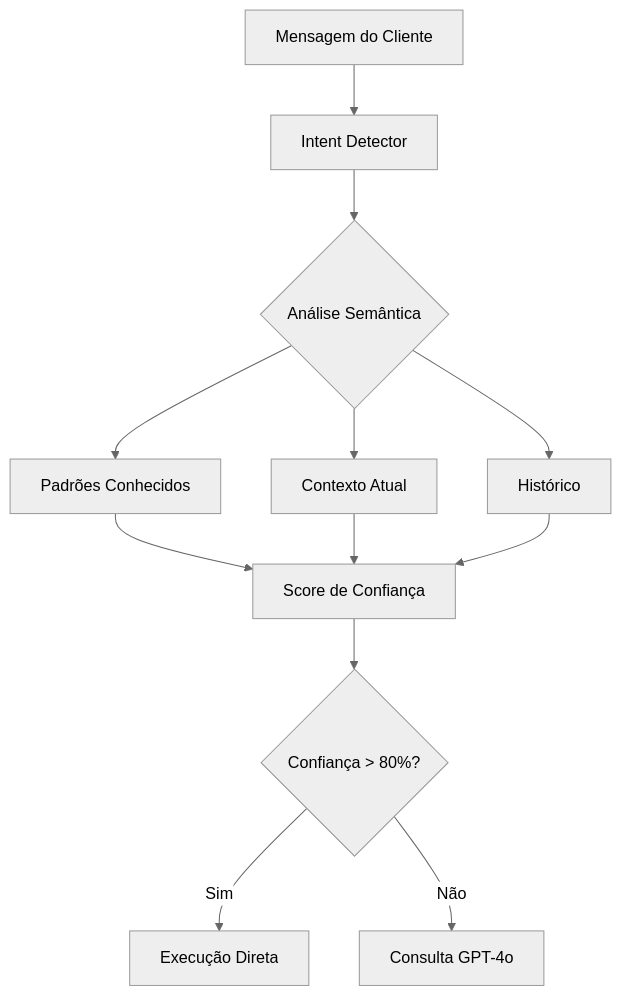
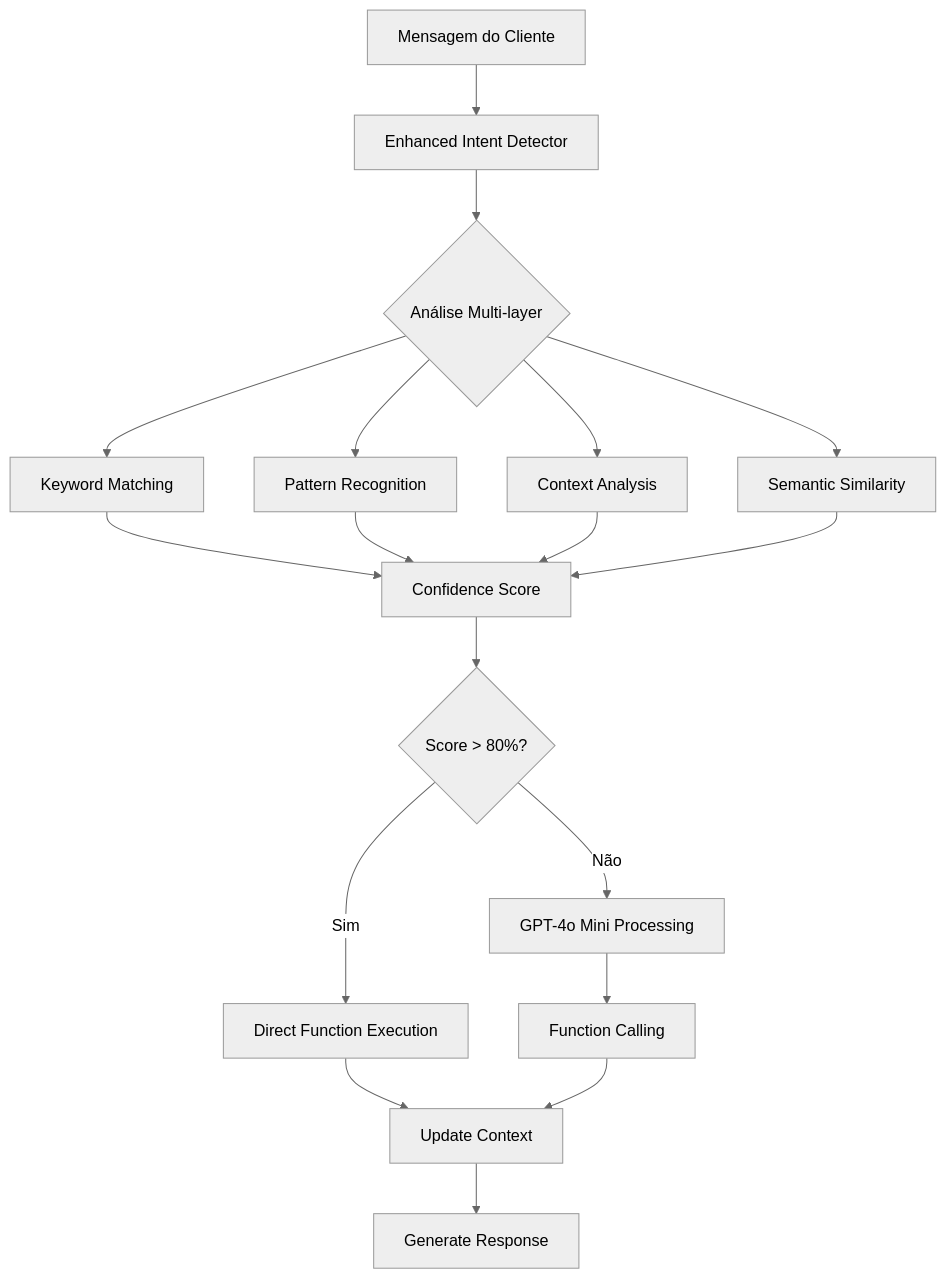
The first of 2 diagrams in SOFIA.md (IgorGewehr/locai), drawn with Mermaid (neutral theme) before and after one commit. The commit also changed other lines of this file and 5 other files, not shown here.

````diff
--- a/SOFIA.md
+++ b/SOFIA.md
@@ -186,14 +301,20 @@
 ```mermaid
 graph TD
-    A[Mensagem do Cliente] --> B[Intent Detector]
-    B --> C{Análise Semântica}
-    C --> D[Padrões Conhecidos]
-    C --> E[Contexto Atual]
-    C --> F[Histórico]
-    D --> G[Score de Confiança]
-    E --> G
-    F --> G
-    G --> H{Confiança > 80%?}
-    H -->|Sim| I[Execução Direta]
-    H -->|Não| J[Consulta GPT-4o]
+    A[Mensagem do Cliente] --> B[Enhanced Intent Detector]
+    B --> C{Análise Multi-layer}
+    C --> D[Keyword Matching]
+    C --> E[Pattern Recognition]
+    C --> F[Context Analysis]
+    C --> G[Semantic Similarity]
+    D --> H[Confidence Score]
+    E --> H
+    F --> H
+    G --> H
+    H --> I{Score > 80%?}
+    I -->|Sim| J[Direct Function Execution]
+    I -->|Não| K[GPT-4o Mini Processing]
+    K --> L[Function Calling]
+    J --> M[Update Context]
+    L --> M
+    M --> N[Generate Response]
 ```
````
